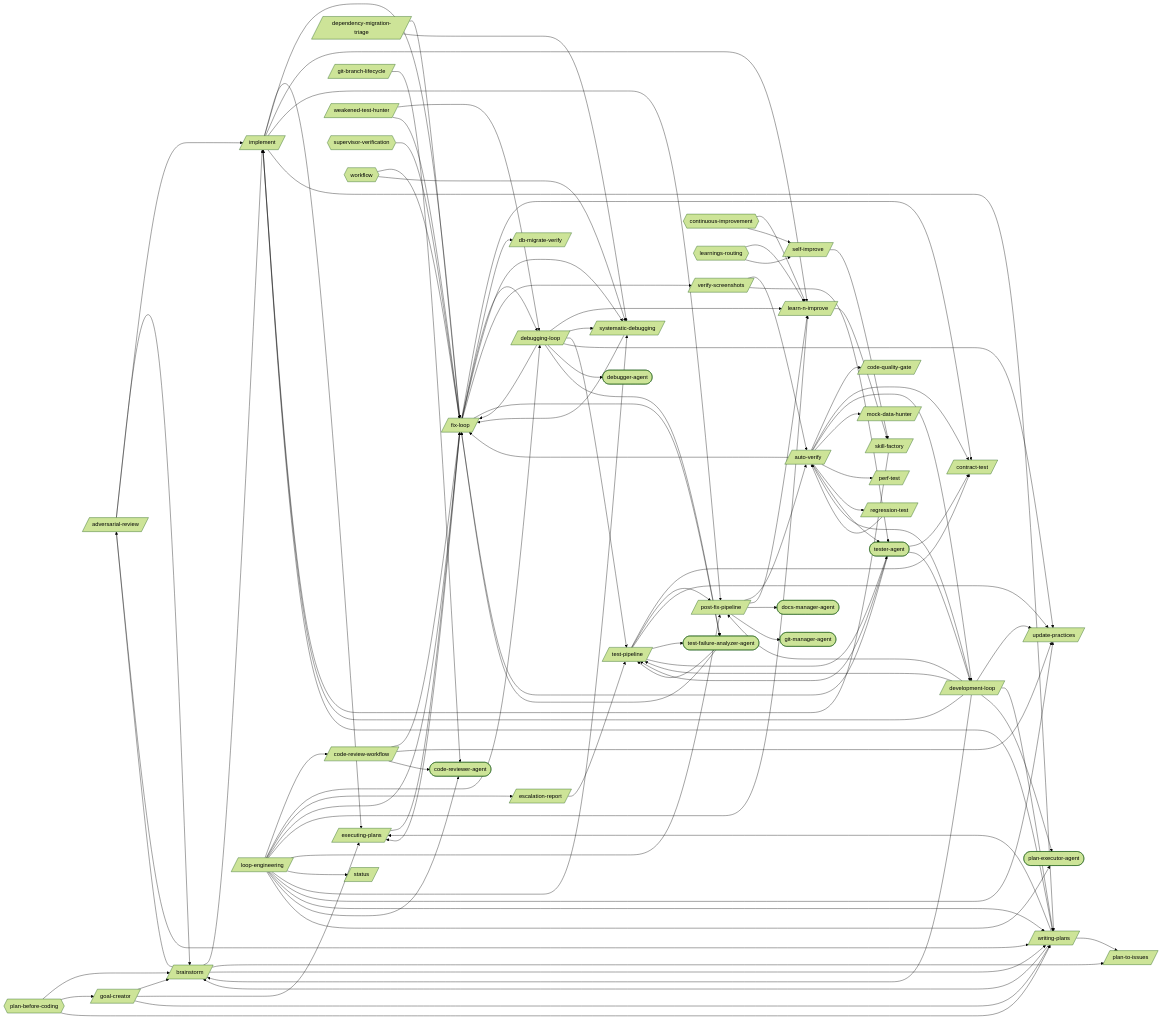
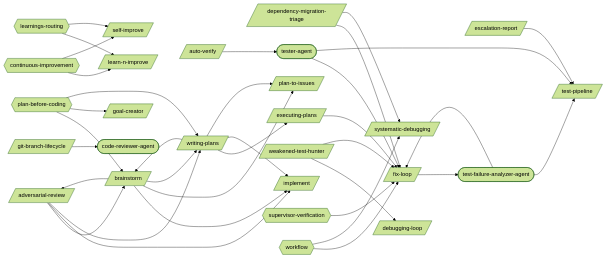
One commit to abhayla/claude-best-practices changed the first of 14 diagrams in docs/workflows/loop-engineering.md. Above: the diagram before and after it, drawn with Mermaid (forest theme). The commit also changed other lines of this file and 64 other files, not shown here.

First line of the commit message:
feat(346-stage2): plugins-first-only — plan, pilot, and 32-skill batch conversion (#411)

```diff
--- a/docs/workflows/loop-engineering.md
+++ b/docs/workflows/loop-engineering.md
@@ -11,13 +11,8 @@
     adversarial_review[/adversarial-review/]
     auto_verify[/auto-verify/]
     brainstorm[/brainstorm/]
-    code_quality_gate[/code-quality-gate/]
-    code_review_workflow[/code-review-workflow/]
-    contract_test[/contract-test/]
-    db_migrate_verify[/db-migrate-verify/]
     debugging_loop[/debugging-loop/]
     dependency_migration_triage[/dependency-migration-triage/]
-    development_loop[/development-loop/]
     escalation_report[/escalation-report/]
     executing_plans[/executing-plans/]
     fix_loop[/fix-loop/]
@@ -25,26 +20,13 @@
     goal_creator[/goal-creator/]
     implement[/implement/]
     learn_n_improve[/learn-n-improve/]
-    loop_engineering[/loop-engineering/]
-    mock_data_hunter[/mock-data-hunter/]
-    perf_test[/perf-test/]
     plan_to_issues[/plan-to-issues/]
-    post_fix_pipeline[/post-fix-pipeline/]
-    regression_test[/regression-test/]
     self_improve[/self-improve/]
-    skill_factory[/skill-factory/]
-    status[/status/]
     systematic_debugging[/systematic-debugging/]
     test_pipeline[/test-pipeline/]
-    update_practices[/update-practices/]
-    verify_screenshots[/verify-screenshots/]
     weakened_test_hunter[/weakened-test-hunter/]
     writing_plans[/writing-plans/]
     code_reviewer_agent([code-reviewer-agent])
-    debugger_agent([debugger-agent])
-    docs_manager_agent([docs-manager-agent])
-    git_manager_agent([git-manager-agent])
-    plan_executor_agent([plan-executor-agent])
     test_failure_analyzer_agent([test-failure-analyzer-agent])
     tester_agent([tester-agent])
     continuous_improvement{{continuous-improvement}}
@@ -55,94 +37,25 @@
     adversarial_review --> brainstorm
     adversarial_review --> implement
     adversarial_review --> writing_plans
-    auto_verify --> code_quality_gate
-    auto_verify --> contract_test
-    auto_verify --> development_loop
-    auto_verify --> fix_loop
-    auto_verify --> mock_data_hunter
-    auto_verify --> perf_test
-    auto_verify --> regression_test
     auto_verify --> tester_agent
     brainstorm --> adversarial_review
     brainstorm --> implement
     brainstorm --> plan_to_issues
     brainstorm --> writing_plans
-    code_review_workflow --> fix_loop
-    code_review_workflow --> update_practices
-    code_review_workflow --> code_reviewer_agent
-    debugging_loop --> fix_loop
-    debugging_loop --> learn_n_improve
-    debugging_loop --> systematic_debugging
-    debugging_loop --> test_pipeline
-    debugging_loop --> update_practices
-    debugging_loop --> debugger_agent
-    debugging_loop --> test_failure_analyzer_agent
     dependency_migration_triage --> fix_loop
     dependency_migration_triage --> systematic_debugging
-    development_loop --> auto_verify
-    development_loop --> brainstorm
-    development_loop --> implement
-    development_loop --> post_fix_pipeline
-    development_loop --> test_pipeline
-    development_loop --> update_practices
-    development_loop --> writing_plans
-    development_loop --> plan_executor_agent
     escalation_report --> test_pipeline
     executing_plans --> fix_loop
-    fix_loop --> contract_test
-    fix_loop --> db_migrate_verify
-    fix_loop --> debugging_loop
-    fix_loop --> executing_plans
-    fix_loop --> systematic_debugging
-    fix_loop --> verify_screenshots
     fix_loop --> test_failure_analyzer_agent
     git_branch_lifecycle --> code_reviewer_agent
-    goal_creator --> brainstorm
-    goal_creator --> executing_plans
-    goal_creator --> writing_plans
-    implement --> executing_plans
-    implement --> fix_loop
-    implement --> learn_n_improve
-    implement --> post_fix_pipeline
-    implement --> writing_plans
-    learn_n_improve --> skill_factory
-    loop_engineering --> code_review_workflow
-    loop_engineering --> debugging_loop
-    loop_engineering --> escalation_report
-    loop_engineering --> fix_loop
-    loop_engineering --> learn_n_improve
-    loop_engineering --> post_fix_pipeline
-    loop_engineering --> status
-    loop_engineering --> systematic_debugging
-    loop_engineering --> update_practices
-    loop_engineering --> writing_plans
-    loop_engineering --> code_reviewer_agent
-    loop_engineering --> plan_executor_agent
-    post_fix_pipeline --> auto_verify
-    post_fix_pipeline --> learn_n_improve
-    post_fix_pipeline --> docs_manager_agent
-    post_fix_pipeline --> git_manager_agent
-    regression_test --> auto_verify
-    skill_factory --> implement
-    systematic_debugging --> fix_loop
-    test_pipeline --> contract_test
-    test_pipeline --> post_fix_pipeline
-    test_pipeline --> update_practices
-    test_pipeline --> test_failure_analyzer_agent
-    test_pipeline --> tester_agent
-    verify_screenshots --> auto_verify
-    verify_screenshots --> tester_agent
     weakened_test_hunter --> debugging_loop
     weakened_test_hunter --> fix_loop
     writing_plans --> brainstorm
     writing_plans --> executing_plans
     writing_plans --> implement
     writing_plans --> plan_to_issues
-    self_improve --> skill_factory
     test_failure_analyzer_agent --> fix_loop
     test_failure_analyzer_agent --> test_pipeline
-    tester_agent --> contract_test
-    tester_agent --> development_loop
     tester_agent --> fix_loop
     tester_agent --> test_pipeline
     continuous_improvement --> learn_n_improve
```
